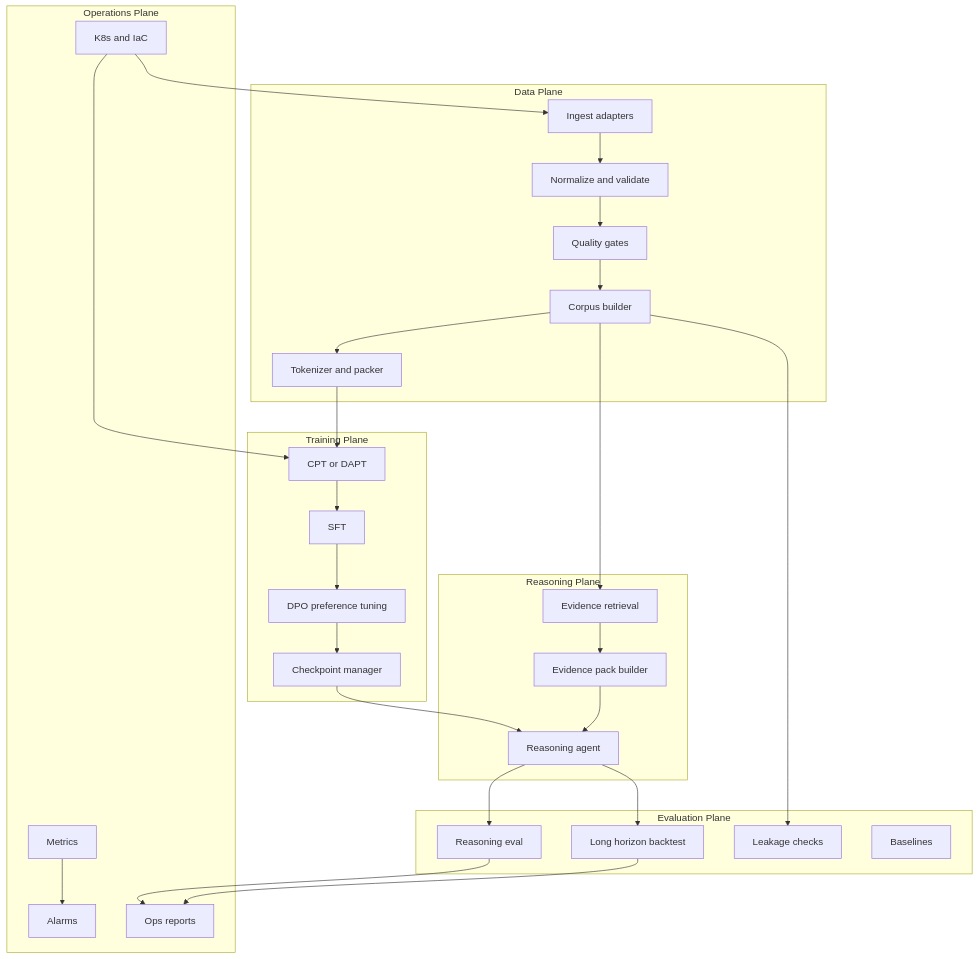
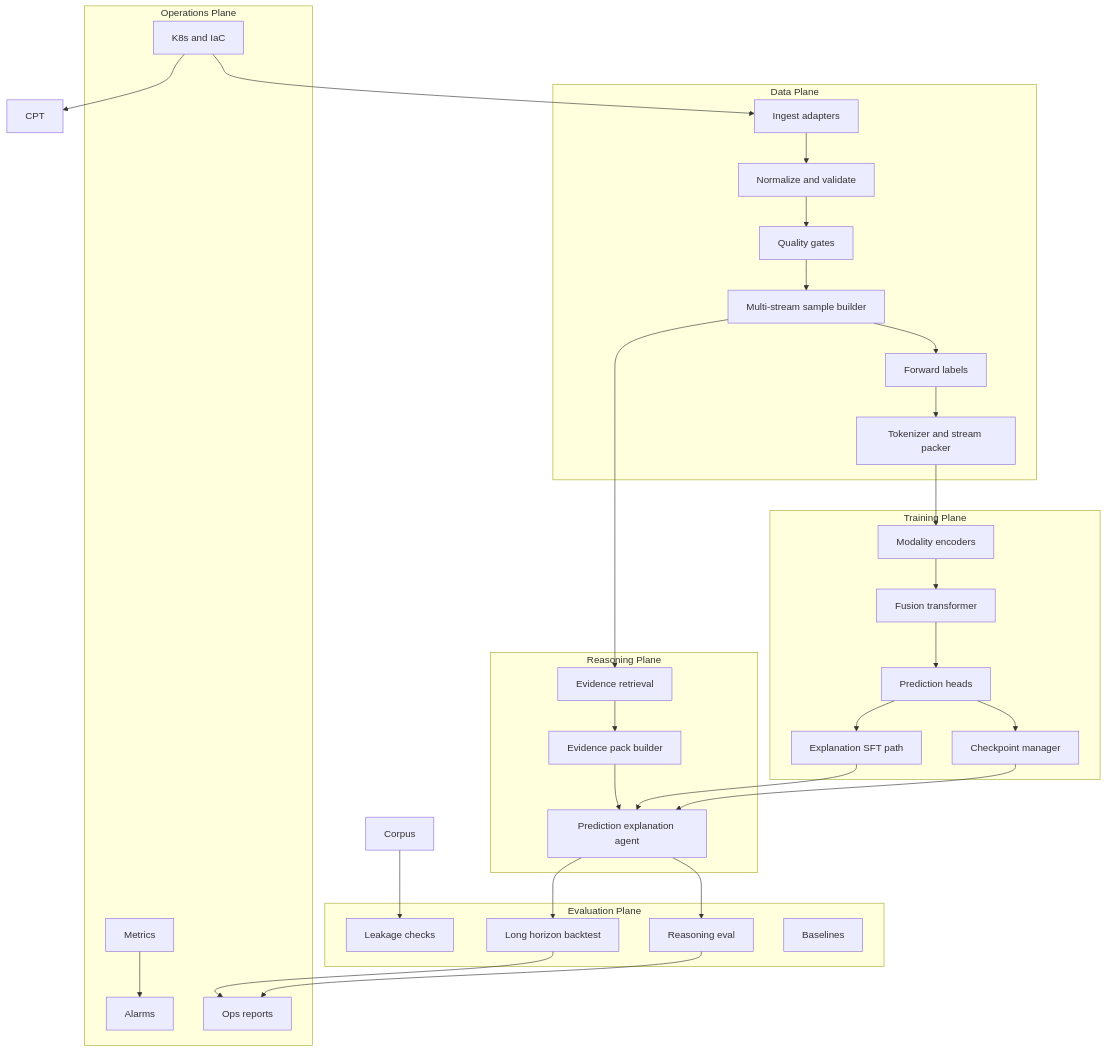
Before and after one commit to duoan/mega-trading: the second of 4 diagrams in docs/high-level-design.md, drawn with Mermaid. The commit also changed other lines of this file and 8 other files, not shown here.

````diff
--- a/docs/high-level-design.md
+++ b/docs/high-level-design.md
@@ -84,50 +86,53 @@
 ```mermaid
 flowchart TB
     subgraph dataPlane [Data Plane]
         Ingest[Ingest adapters]
         Normalize[Normalize and validate]
         Quality[Quality gates]
-        Corpus[Corpus builder]
-        Tokenize[Tokenizer and packer]
+        Samples[Multi-stream sample builder]
+        Labels[Forward labels]
+        Tokenize[Tokenizer and stream packer]
     end
 
     subgraph trainPlane [Training Plane]
-        CPT[CPT or DAPT]
-        SFT[SFT]
-        DPO[DPO preference tuning]
+        Encoders[Modality encoders]
+        Fusion[Fusion transformer]
+        Heads[Prediction heads]
+        Explain[Explanation SFT path]
         Checkpoint[Checkpoint manager]
     end
 
     subgraph reasoningPlane [Reasoning Plane]
         Retrieve[Evidence retrieval]
         Prompt[Evidence pack builder]
-        Agent[Reasoning agent]
+        Agent[Prediction explanation agent]
     end
 
     subgraph evalPlane [Evaluation Plane]
         ReasonEval[Reasoning eval]
         Backtest[Long horizon backtest]
         Leakage[Leakage checks]
         Baselines[Baselines]
     end
 
     subgraph opsPlane [Operations Plane]
         Metrics[Metrics]
         Alarms[Alarms]
         Reports[Ops reports]
         Deploy[K8s and IaC]
     end
 
-    Ingest --> Normalize --> Quality --> Corpus --> Tokenize
-    Tokenize --> CPT --> SFT --> DPO --> Checkpoint
-    Corpus --> Retrieve --> Prompt --> Agent
+    Ingest --> Normalize --> Quality --> Samples --> Labels --> Tokenize
+    Tokenize --> Encoders --> Fusion --> Heads --> Checkpoint
+    Heads --> Explain --> Agent
+    Samples --> Retrieve --> Prompt --> Agent
     Checkpoint --> Agent
     Agent --> ReasonEval
     Agent --> Backtest
     Corpus --> Leakage
     Backtest --> Reports
     ReasonEval --> Reports
     Metrics --> Alarms
     Deploy --> Ingest
     Deploy --> CPT
 ```
````
